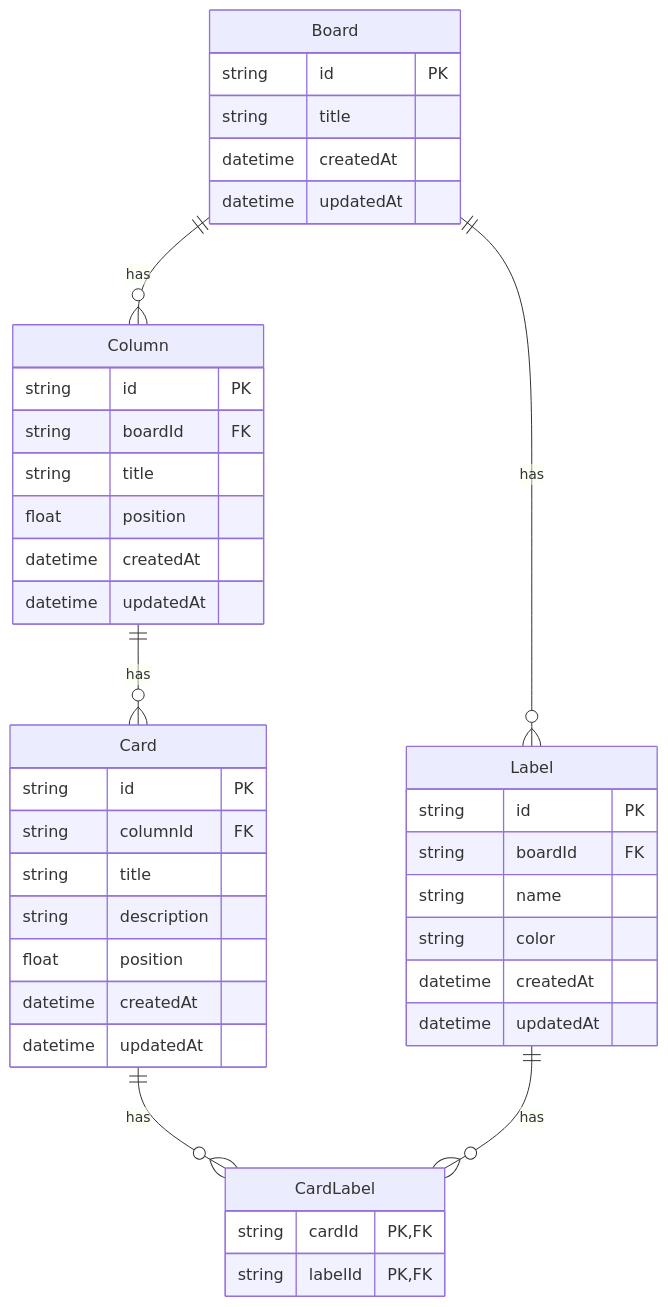
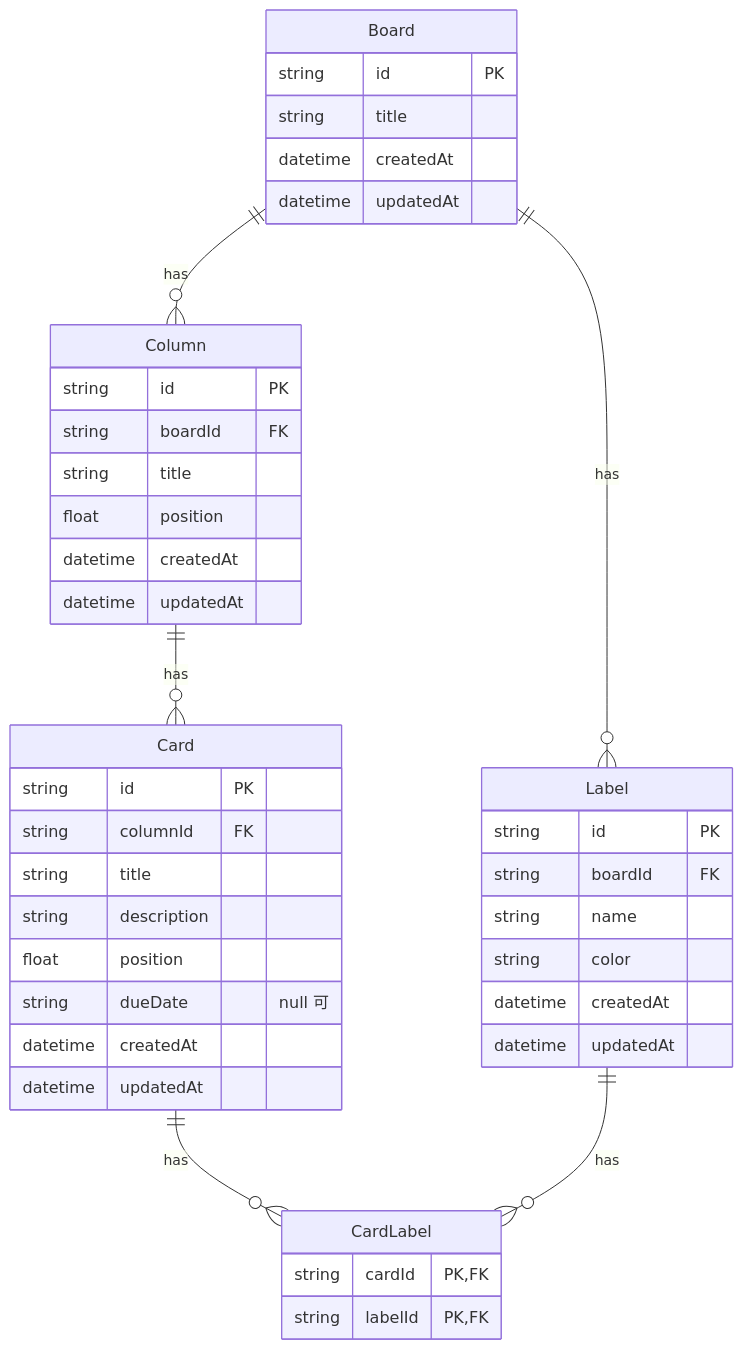
Before and after one commit to kiyohara1021/kanban-board: the diagram in docs/02-data-model.md, drawn with Mermaid. The commit also changed other lines of this file and 32 other files, not shown here.

````diff
--- a/docs/02-data-model.md
+++ b/docs/02-data-model.md
@@ -5,44 +5,45 @@
 ```mermaid
 erDiagram
   Board ||--o{ Column : has
   Column ||--o{ Card : has
   Board ||--o{ Label : has
   Card ||--o{ CardLabel : has
   Label ||--o{ CardLabel : has
 
   Board {
     string id PK
     string title
     datetime createdAt
     datetime updatedAt
   }
   Column {
     string id PK
     string boardId FK
     string title
     float position
     datetime createdAt
     datetime updatedAt
   }
   Card {
     string id PK
     string columnId FK
     string title
     string description
     float position
+    string dueDate "null 可"
     datetime createdAt
     datetime updatedAt
   }
   Label {
     string id PK
     string boardId FK
     string name
     string color
     datetime createdAt
     datetime updatedAt
   }
   CardLabel {
     string cardId PK, FK
     string labelId PK, FK
   }
 ```
````
